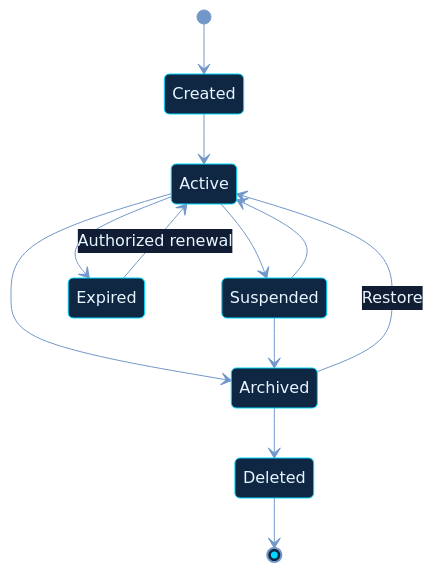
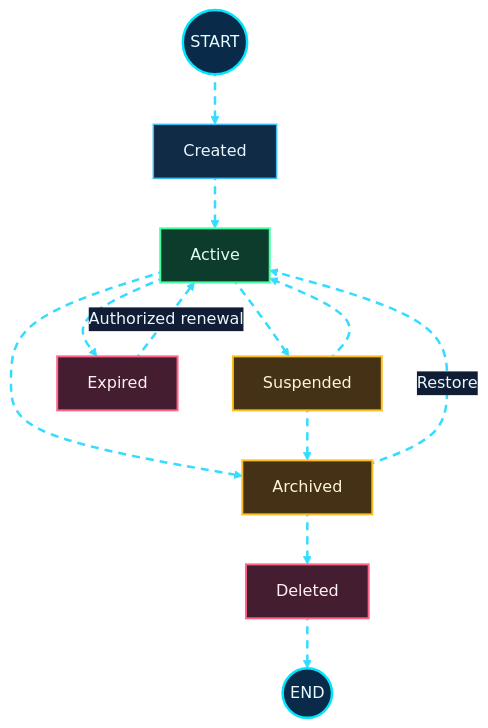
The seventh of 23 diagrams in README.md (shajeduzzamanenan992008inc/NexOra-Database-key-Gen), drawn with Mermaid before and after one commit. The commit also changed other lines of this file and 484 other files, not shown here.

````diff
--- a/README.md
+++ b/README.md
@@ -753,15 +792,46 @@
 ```mermaid
+
 %%{init: {"theme":"base","themeVariables":{"darkMode":true,"background":"#07111f","primaryColor":"#102744","primaryTextColor":"#e8f7ff","primaryBorderColor":"#00d9ff","lineColor":"#7297c8","secondaryColor":"#261d45","secondaryTextColor":"#f3eaff","secondaryBorderColor":"#a78bfa","tertiaryColor":"#12332b","tertiaryTextColor":"#e0fff1","tertiaryBorderColor":"#41e6a2","fontFamily":"Inter, Segoe UI, sans-serif","edgeLabelBackground":"#101d34","mainBkg":"#102744","nodeBorder":"#00d9ff","clusterBkg":"#0b1930","clusterBorder":"#6f7dff","actorBkg":"#102744","actorBorder":"#00d9ff","actorTextColor":"#e8f7ff","signalColor":"#64d8ff","signalTextColor":"#e8f7ff","noteBkgColor":"#0e332b","noteBorderColor":"#41e6a2","noteTextColor":"#e0fff1"}}}%%
-stateDiagram-v2
-    [*] --> Created
-    Created --> Active
-    Active --> Suspended
-    Active --> Expired
-    Active --> Archived
-    Suspended --> Active
-    Suspended --> Archived
-    Expired --> Active : Authorized renewal
-    Archived --> Active : Restore
-    Archived --> Deleted
-    Deleted --> [*]
+flowchart TD
+    S(("START")) nx07e01@--> CREATED["Created"]
+
+    CREATED nx07e02@--> ACTIVE["Active"]
+
+    ACTIVE nx07e03@--> SUSPENDED["Suspended"]
+    ACTIVE nx07e04@--> EXPIRED["Expired"]
+    ACTIVE nx07e05@--> ARCHIVED["Archived"]
+
+    SUSPENDED nx07e06@--> ACTIVE
+    SUSPENDED nx07e07@--> ARCHIVED
+
+    EXPIRED nx07e08@-->|"Authorized renewal"| ACTIVE
+
+    ARCHIVED nx07e09@-->|"Restore"| ACTIVE
+    ARCHIVED nx07e10@--> DELETED["Deleted"]
+
+    DELETED nx07e11@--> FINISH(("END"))
+
+    %% OMEGA NEX-ORA / ULTRA NEON PALETTE
+    classDef nxCore fill:#092b49,stroke:#00e5ff,stroke-width:2.5px,color:#e9fbff;
+    classDef nxProcess fill:#102b45,stroke:#3dbcf5,stroke-width:1.5px,color:#e9f6ff;
+    classDef nxDecision fill:#2b2050,stroke:#b38cff,stroke-width:2px,color:#f3edff;
+    classDef nxSuccess fill:#0d3b2c,stroke:#3fffa0,stroke-width:2px,color:#e0fff0;
+    classDef nxDanger fill:#451d30,stroke:#ff6688,stroke-width:2px,color:#fff0f3;
+    classDef nxData fill:#12352d,stroke:#63e6be,stroke-width:2px,color:#e1fff5;
+    classDef nxExternal fill:#2b2149,stroke:#c4a5ff,stroke-width:2px,color:#f3ecff;
+    classDef nxWarning fill:#453116,stroke:#fbbf24,stroke-width:2px,color:#fff6d6;
+
+    %% Moving neon connection animation
+    classDef nxAnimated stroke:#35dcff,stroke-width:2.5px,stroke-dasharray:8\,6,stroke-dashoffset:1000,animation:dash 18s linear infinite;
+
+    %% Lifecycle node styling
+    class S,FINISH nxCore;
+    class CREATED nxProcess;
+    class ACTIVE nxSuccess;
+    class SUSPENDED,ARCHIVED nxWarning;
+    class EXPIRED,DELETED nxDanger;
+
+    %% ALL 11 TRANSITIONS ANIMATED
+    class nx07e01,nx07e02,nx07e03,nx07e04,nx07e05,nx07e06,nx07e07,nx07e08,nx07e09,nx07e10,nx07e11 nxAnimated;
+
 ```
````
